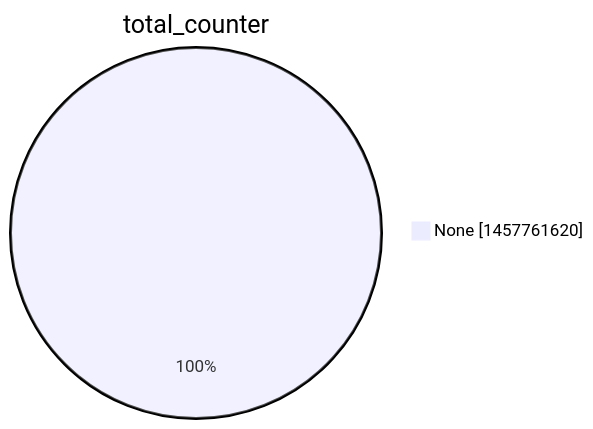
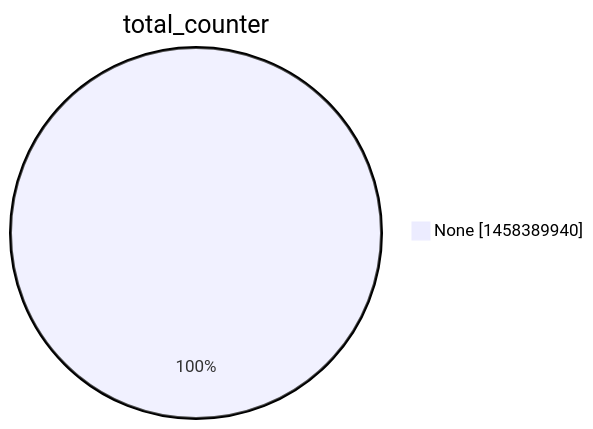
One commit to christiankrug/ctmonitor_visualization changed the second of 15 diagrams in argon2022/README.md. Above: the diagram before and after it, drawn with Mermaid. The commit also changed other lines of this file, not shown here.

````diff
--- a/argon2022/README.md
+++ b/argon2022/README.md
@@ -9,5 +9,5 @@
 ```mermaid
 pie showData
 title total_counter
-"None" :1457761620
+"None" :1458389940
 ```
````
